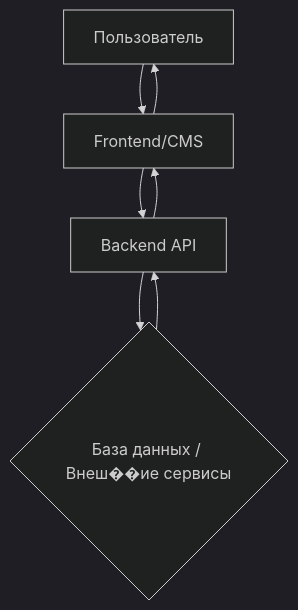
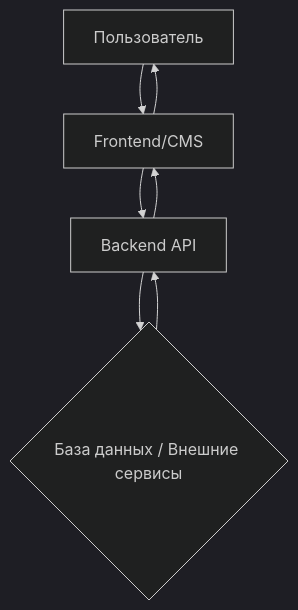
One commit to hashc0d3/slavalarionov changed the diagram in README.md. Above: the diagram before and after it, drawn with Mermaid (dark theme).

````diff
--- a/README.md
+++ b/README.md
@@ -73,9 +73,9 @@
 ```mermaid
 flowchart TD
     A[Пользователь] --> B[Frontend/CMS]
     B --> C[Backend API]
-    C --> D{База данных / Внеш��ие сервисы}
+    C --> D{База данных / Внешние сервисы}
     D --> C
     C --> B
     B --> A
 ```
````
